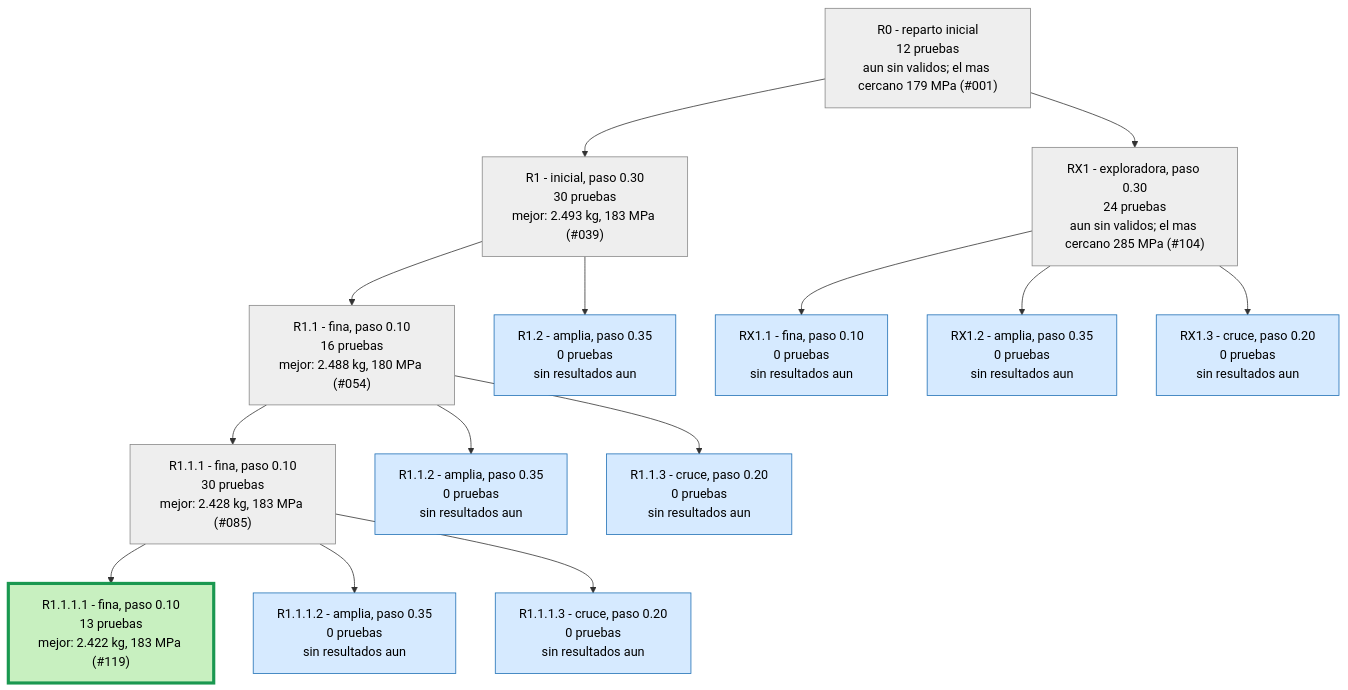
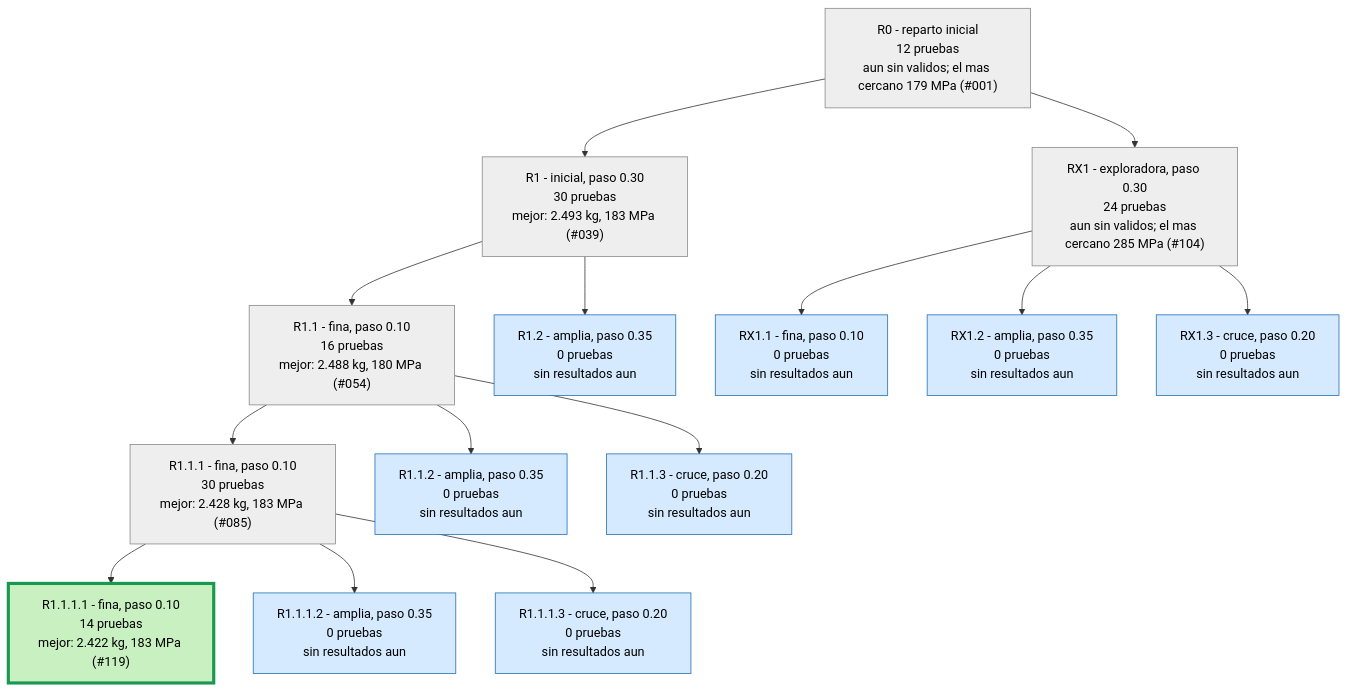
One commit to Hugiko/msd-soporte-optimizacion changed the second of 3 diagrams in runs/opt_37800N/ARBOL.md. Above: the diagram before and after it, drawn with Mermaid. The commit also changed 22 other files, not shown here.

````diff
--- a/runs/opt_37800N/ARBOL.md
+++ b/runs/opt_37800N/ARBOL.md
@@ -29,33 +29,33 @@
 ```mermaid
 graph TD
 classDef activa fill:#d6eaff,stroke:#1f6fb5,color:#000
 classDef fin fill:#eeeeee,stroke:#888,color:#000
 classDef mejor fill:#c8f0c0,stroke:#1a9850,stroke-width:4px,color:#000
 R0["R0 - reparto inicial<br/>12 pruebas<br/>aun sin validos; el mas cercano 179 MPa (#001)"]:::fin
 R1["R1 - inicial, paso 0.30<br/>30 pruebas<br/>mejor: 2.493 kg, 183 MPa (#039)"]:::fin
 R0 --> R1
 R1_1["R1.1 - fina, paso 0.10<br/>16 pruebas<br/>mejor: 2.488 kg, 180 MPa (#054)"]:::fin
 R1 --> R1_1
 R1_2["R1.2 - amplia, paso 0.35<br/>0 pruebas<br/>sin resultados aun"]:::activa
 R1 --> R1_2
 R1_1_1["R1.1.1 - fina, paso 0.10<br/>30 pruebas<br/>mejor: 2.428 kg, 183 MPa (#085)"]:::fin
 R1_1 --> R1_1_1
 R1_1_2["R1.1.2 - amplia, paso 0.35<br/>0 pruebas<br/>sin resultados aun"]:::activa
 R1_1 --> R1_1_2
 R1_1_3["R1.1.3 - cruce, paso 0.20<br/>0 pruebas<br/>sin resultados aun"]:::activa
 R1_1 --> R1_1_3
-R1_1_1_1["R1.1.1.1 - fina, paso 0.10<br/>13 pruebas<br/>mejor: 2.422 kg, 183 MPa (#119)"]:::mejor
+R1_1_1_1["R1.1.1.1 - fina, paso 0.10<br/>14 pruebas<br/>mejor: 2.422 kg, 183 MPa (#119)"]:::mejor
 R1_1_1 --> R1_1_1_1
 R1_1_1_2["R1.1.1.2 - amplia, paso 0.35<br/>0 pruebas<br/>sin resultados aun"]:::activa
 R1_1_1 --> R1_1_1_2
 R1_1_1_3["R1.1.1.3 - cruce, paso 0.20<br/>0 pruebas<br/>sin resultados aun"]:::activa
 R1_1_1 --> R1_1_1_3
 RX1["RX1 - exploradora, paso 0.30<br/>24 pruebas<br/>aun sin validos; el mas cercano 285 MPa (#104)"]:::fin
 R0 --> RX1
 RX1_1["RX1.1 - fina, paso 0.10<br/>0 pruebas<br/>sin resultados aun"]:::activa
 RX1 --> RX1_1
 RX1_2["RX1.2 - amplia, paso 0.35<br/>0 pruebas<br/>sin resultados aun"]:::activa
 RX1 --> RX1_2
 RX1_3["RX1.3 - cruce, paso 0.20<br/>0 pruebas<br/>sin resultados aun"]:::activa
 RX1 --> RX1_3
 ```
````
